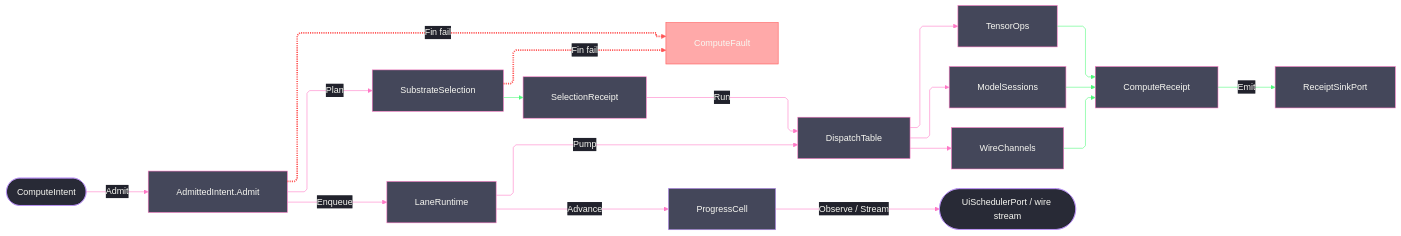
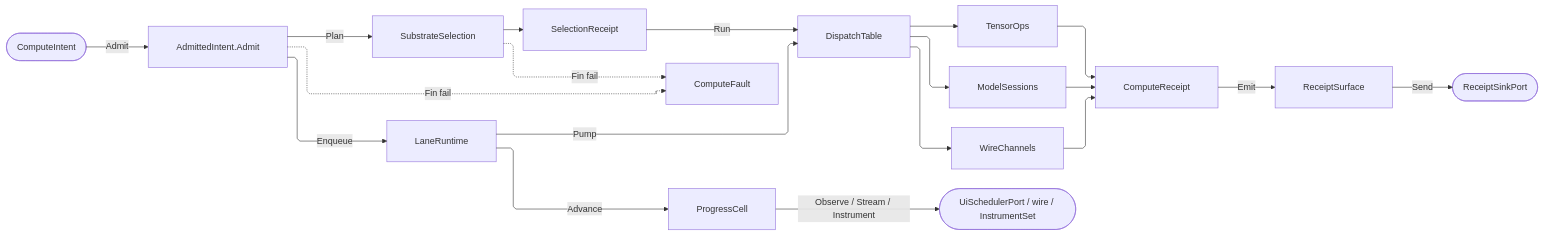
One commit to bsamiee/Rasm changed the fourth of 4 diagrams in libs/csharp/Rasm.Compute/ARCHITECTURE.md. Above: the diagram before and after it, drawn with Mermaid. The commit also changed other lines of this file and 460 other files, not shown here.

````diff
--- a/libs/csharp/Rasm.Compute/ARCHITECTURE.md
+++ b/libs/csharp/Rasm.Compute/ARCHITECTURE.md
@@ -306,57 +225,30 @@
 ```mermaid
 ---
 config:
-  theme: base
-  look: classic
   layout: elk
   flowchart:
     curve: linear
     padding: 25
-  themeVariables:
-    darkMode: true
-    fontFamily: "SF Mono, Menlo, Cascadia Mono, Segoe UI Mono, Consolas, monospace"
-    useGradient: false
-    dropShadow: "none"
-    background: "#282A36"
-    primaryColor: "#44475A"
-    primaryTextColor: "#F8F8F2"
-    primaryBorderColor: "#BD93F9"
-    lineColor: "#FF79C6"
-    textColor: "#F8F8F2"
-    edgeLabelBackground: "#21222C"
-    labelBackgroundColor: "#21222C"
-  themeCSS: ".nodeLabel{font-size:13px;font-weight:500}.edgeLabel{font-size:12px;font-weight:500}.cluster-label .nodeLabel{font-size:13.5px;font-weight:700;letter-spacing:.08em}.edge-thickness-normal{stroke-width:2px}.edge-thickness-thick{stroke-width:3px}.edge-pattern-dashed,.edge-pattern-dotted{stroke-width:1.5px;stroke-dasharray:4 6}.node rect,.node circle,.node polygon,.node path,.node .outer-path{stroke-width:1.5px;filter:none!important}.cluster rect{stroke-width:1px!important;stroke-dasharray:5 4!important;filter:none!important}.marker path{transform:scale(.8);transform-origin:5px 5px}.marker circle{transform:scale(.48);transform-origin:5px 5px}.edgeLabel rect{transform-box:fill-box;transform-origin:center;transform:scale(1.1,1.2)}"
 ---
 flowchart LR
     accTitle: Rasm.Compute measured execution spine
-    accDescr: Typed intent admits once at the boundary, substrate selection folds over row data and lands a receipt, bounded lanes enqueue work, total dispatch routes to the tensor, model, or remote lane, every outcome materializes as a compute receipt at the sink port, and progress cells deliver cadence-gated marks to observers.
+    accDescr: Typed intent admits once at the boundary, substrate selection folds over row data and lands a receipt, bounded lanes enqueue work, total dispatch routes to the tensor, model, or remote lane, every outcome materializes as a compute receipt the sink-bound surface projects and emits, and progress cells deliver cadence-gated marks to observers.
     ComputeIntent(["ComputeIntent"]) e1@-->|Admit| AdmittedIntent["AdmittedIntent.Admit"]
     AdmittedIntent e3@-.->|Fin fail| ComputeFault["ComputeFault"]
     AdmittedIntent e4@-->|Plan| SubstrateSelection["SubstrateSelection"]
     SubstrateSelection e5@--> SelectionReceipt["SelectionReceipt"]
     SubstrateSelection e6@-.->|Fin fail| ComputeFault
     AdmittedIntent e7@-->|Enqueue| LaneRuntime["LaneRuntime"]
     LaneRuntime e8@-->|Pump| DispatchTable["DispatchTable"]
     SelectionReceipt e9@-->|Run| DispatchTable
     DispatchTable e10@--> TensorOps["TensorOps"]
     DispatchTable e11@--> ModelSessions["ModelSessions"]
     DispatchTable e12@--> WireChannels["WireChannels"]
     TensorOps e13@--> ComputeReceipt["ComputeReceipt"]
     ModelSessions e14@--> ComputeReceipt
     WireChannels e15@--> ComputeReceipt
-    ComputeReceipt e16@-->|Emit| ReceiptSinkPort["ReceiptSinkPort"]
+    ComputeReceipt e16@-->|Emit| ReceiptSurface["ReceiptSurface"]
+    ReceiptSurface e19@-->|Send| ReceiptSinkPort(["ReceiptSinkPort"])
     LaneRuntime e17@-->|Advance| ProgressCell["ProgressCell"]
-    ProgressCell e18@-->|Observe / Stream| Observers(["UiSchedulerPort / wire stream"])
-    classDef boundary fill:#282A36,stroke:#BD93F9,color:#F8F8F2
-    classDef error fill:#FF555580,stroke:#FF5555,color:#F8F8F2
-    classDef primary fill:#44475A,stroke:#FF79C6,color:#F8F8F2
-    classDef edgeSuccess stroke:#50FA7B,color:#F8F8F2
-    classDef edgeError stroke:#FF5555,stroke-width:3px,color:#F8F8F2
-    classDef edgeControl stroke:#FF79C6,color:#F8F8F2
-    class ComputeIntent,Observers boundary
-    class ComputeFault error
-    class AdmittedIntent,SubstrateSelection,SelectionReceipt,LaneRuntime,DispatchTable,TensorOps,ModelSessions,WireChannels,ComputeReceipt,ReceiptSinkPort primary
-    class e3,e6 edgeError
-    class e5,e13,e14,e15,e16 edgeSuccess
-    class e1,e4,e7,e8,e9,e10,e11,e12,e17,e18 edgeControl
+    ProgressCell e18@-->|Observe / Stream / Instrument| Observers(["UiSchedulerPort / wire / InstrumentSet"])
 ```
````
